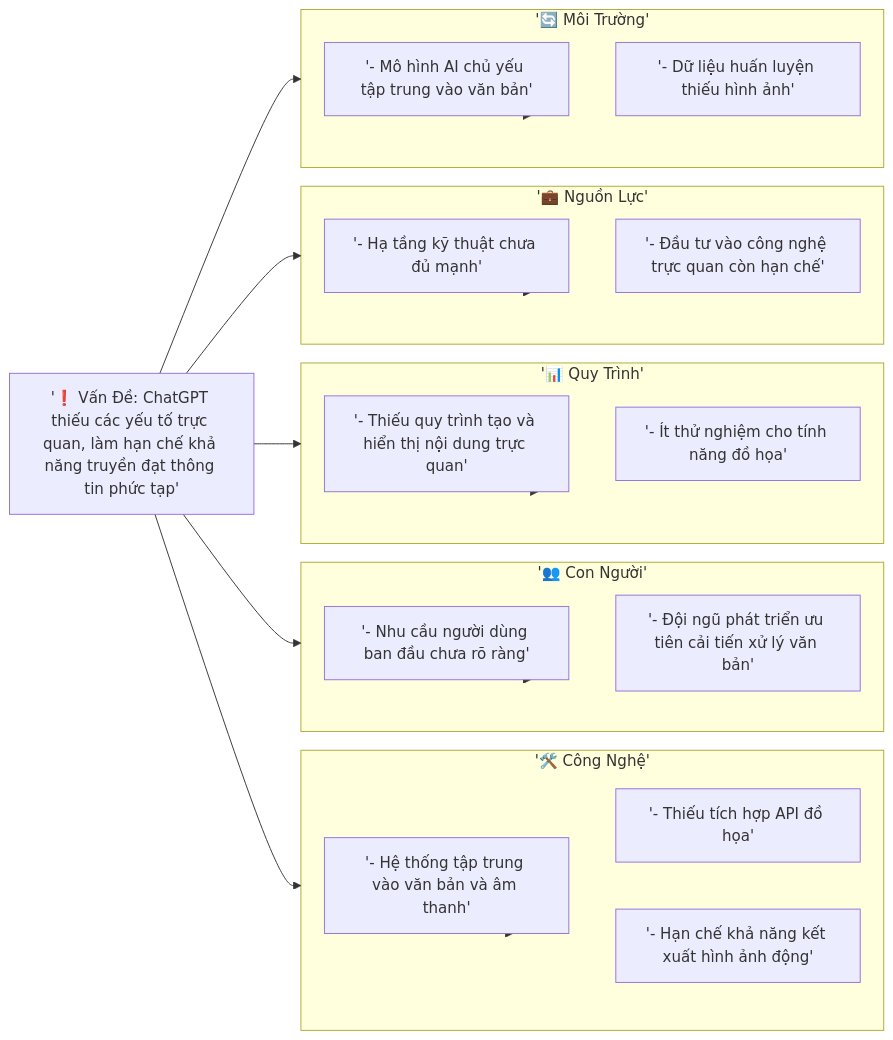
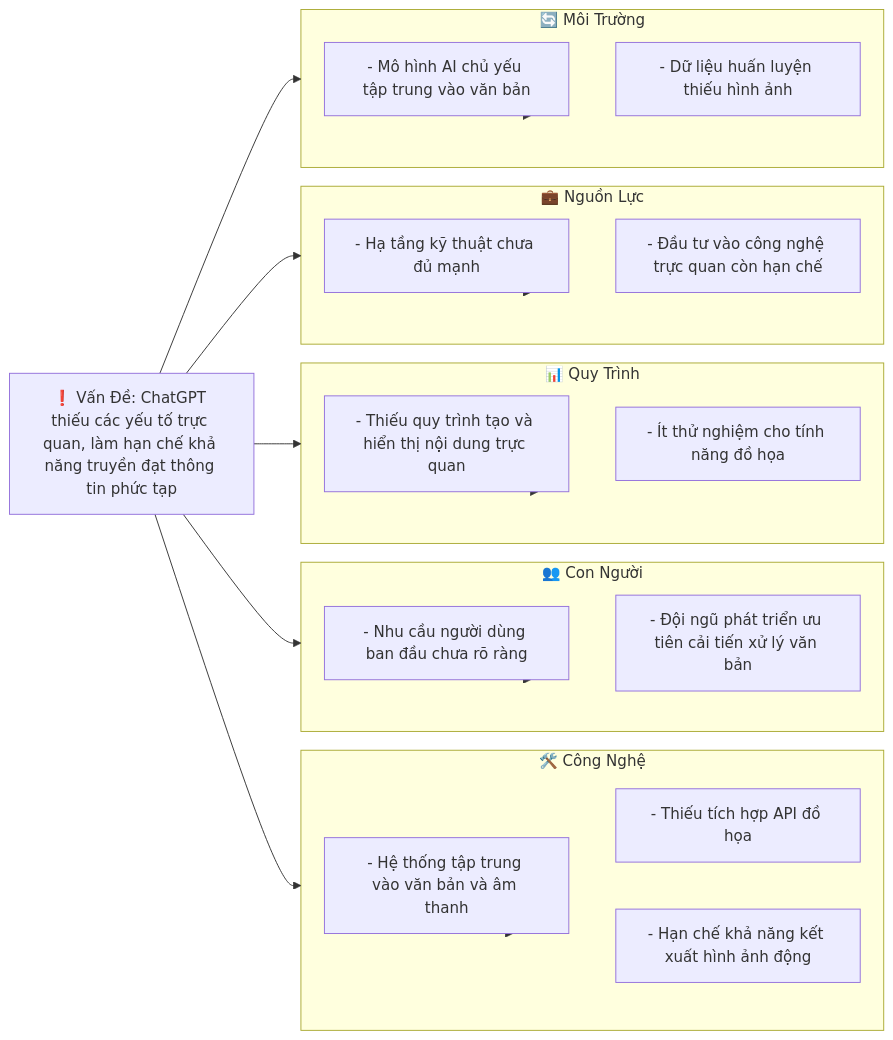
The diagram in docs/designsprintkit/phases/01-Understand/02-Understand-the-Problem/02-Problem-Framing/02-RCA/Ishikawa-Diagram.mmd (qtvhao/quickcurl), drawn with Mermaid before and after one commit. The commit also changed 8 other files, not shown here.

Commit message:
Fix quotation marks in Mermaid diagrams for consistency and clarity

```diff
--- a/docs/designsprintkit/phases/01-Understand/02-Understand-the-Problem/02-Problem-Framing/02-RCA/Ishikawa-Diagram.mmd
+++ b/docs/designsprintkit/phases/01-Understand/02-Understand-the-Problem/02-Problem-Framing/02-RCA/Ishikawa-Diagram.mmd
@@ -1,50 +1,50 @@
 flowchart LR
-    Problem['❗ Vấn Đề: ChatGPT thiếu các yếu tố trực quan, làm hạn chế khả năng truyền đạt thông tin phức tạp']
+    Problem["❗ Vấn Đề: ChatGPT thiếu các yếu tố trực quan, làm hạn chế khả năng truyền đạt thông tin phức tạp"]
 
-    subgraph Technology['🛠️ Công Nghệ']
-        T1['- Hệ thống tập trung vào văn bản và âm thanh']
-        T2['- Thiếu tích hợp API đồ họa']
-        T3['- Hạn chế khả năng kết xuất hình ảnh động']
+    subgraph Technology["🛠️ Công Nghệ"]
+        T1["- Hệ thống tập trung vào văn bản và âm thanh"]
+        T2["- Thiếu tích hợp API đồ họa"]
+        T3["- Hạn chế khả năng kết xuất hình ảnh động"]
     end
 
-    subgraph People['👥 Con Người']
-        P1['- Nhu cầu người dùng ban đầu chưa rõ ràng']
-        P2['- Đội ngũ phát triển ưu tiên cải tiến xử lý văn bản']
+    subgraph People["👥 Con Người"]
+        P1["- Nhu cầu người dùng ban đầu chưa rõ ràng"]
+        P2["- Đội ngũ phát triển ưu tiên cải tiến xử lý văn bản"]
     end
 
-    subgraph Process['📊 Quy Trình']
-        PR1['- Thiếu quy trình tạo và hiển thị nội dung trực quan']
-        PR2['- Ít thử nghiệm cho tính năng đồ họa']
+    subgraph Process["📊 Quy Trình"]
+        PR1["- Thiếu quy trình tạo và hiển thị nội dung trực quan"]
+        PR2["- Ít thử nghiệm cho tính năng đồ họa"]
     end
 
-    subgraph Resources['💼 Nguồn Lực']
-        R1['- Hạ tầng kỹ thuật chưa đủ mạnh']
-        R2['- Đầu tư vào công nghệ trực quan còn hạn chế']
+    subgraph Resources["💼 Nguồn Lực"]
+        R1["- Hạ tầng kỹ thuật chưa đủ mạnh"]
+        R2["- Đầu tư vào công nghệ trực quan còn hạn chế"]
     end
 
-    subgraph Environment['🔄 Môi Trường']
-        E1['- Mô hình AI chủ yếu tập trung vào văn bản']
-        E2['- Dữ liệu huấn luyện thiếu hình ảnh']
+    subgraph Environment["🔄 Môi Trường"]
+        E1["- Mô hình AI chủ yếu tập trung vào văn bản"]
+        E2["- Dữ liệu huấn luyện thiếu hình ảnh"]
     end
 
     Problem --> Technology
     Problem --> People
     Problem --> Process
     Problem --> Resources
     Problem --> Environment
 
     Technology --> T1
     Technology --> T2
     Technology --> T3
 
     People --> P1
     People --> P2
 
     Process --> PR1
     Process --> PR2
 
     Resources --> R1
     Resources --> R2
 
     Environment --> E1
     Environment --> E2
```
